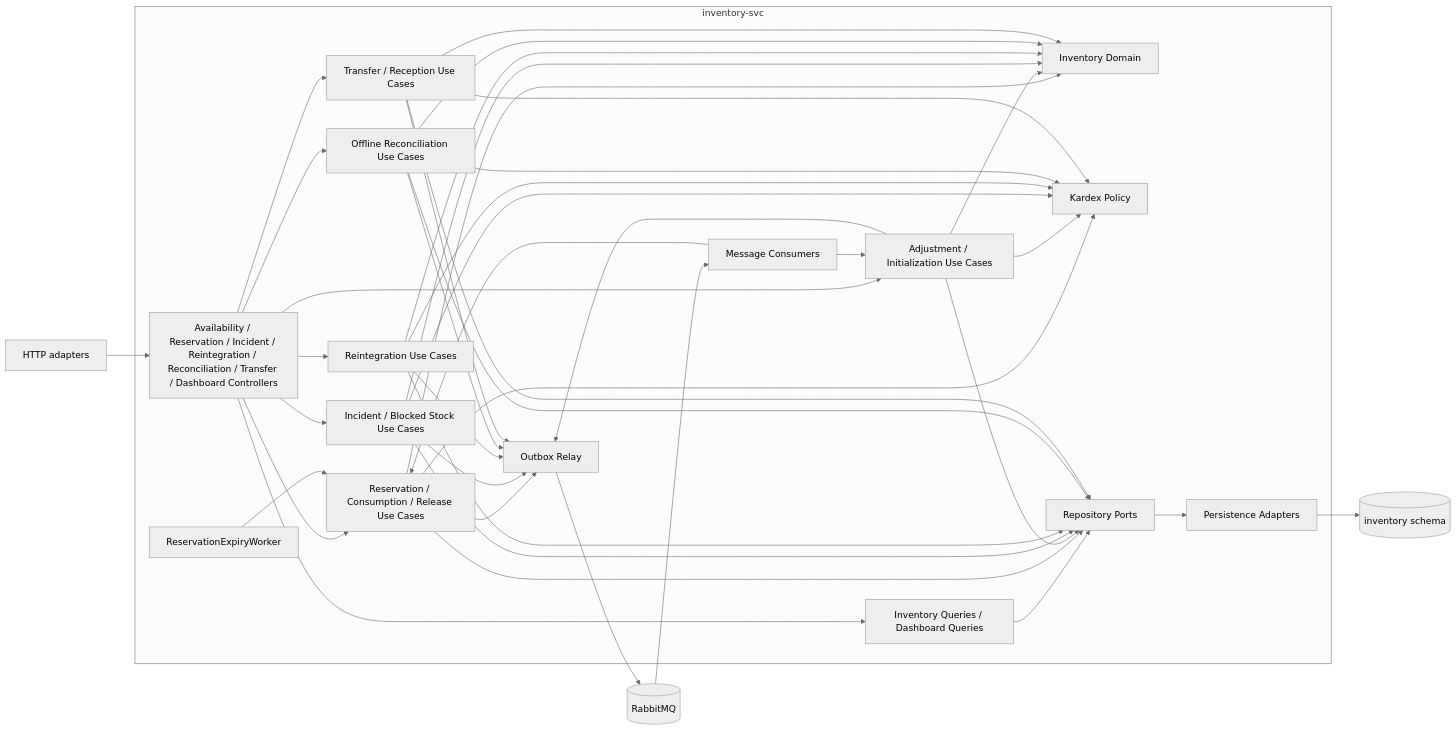
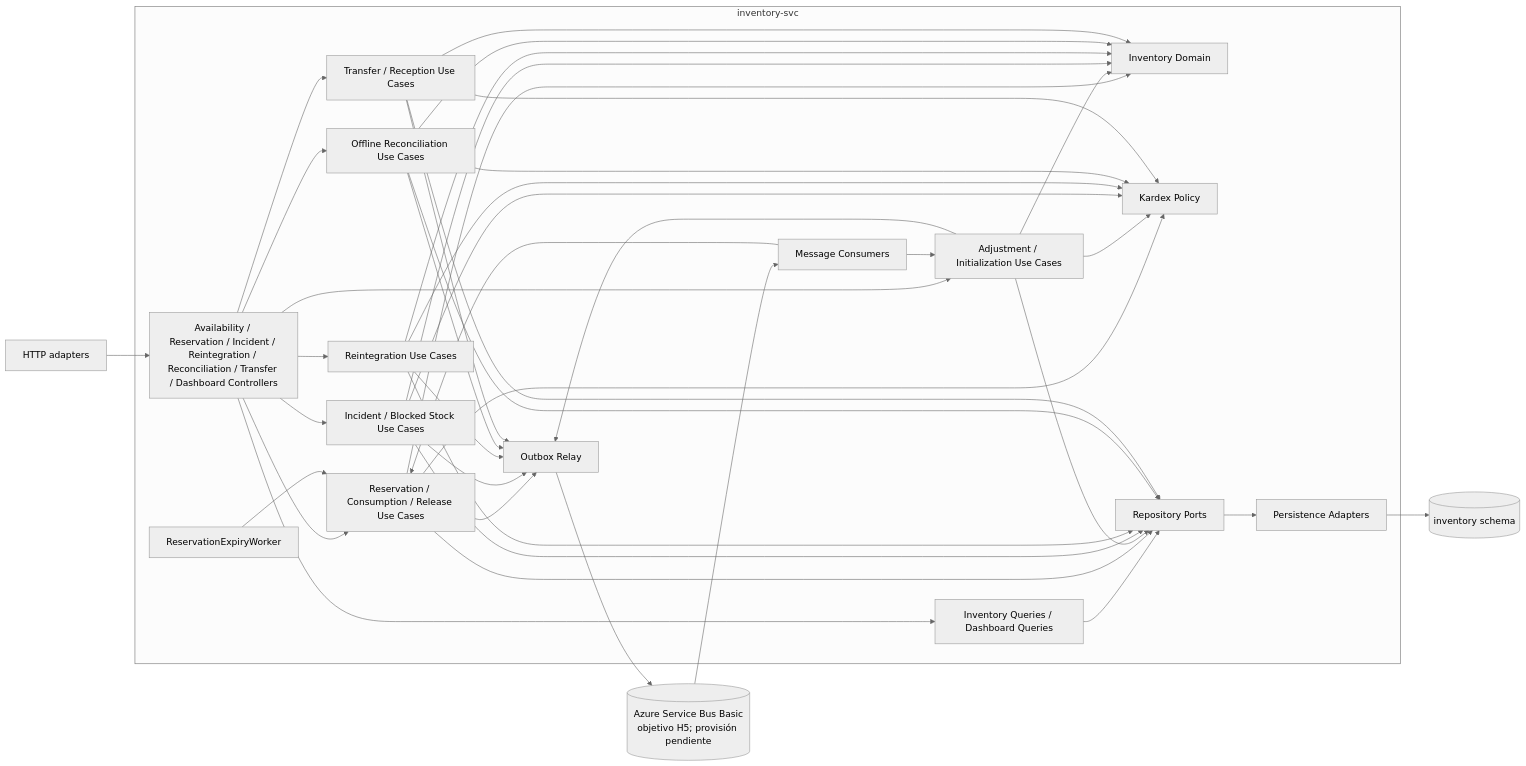
Before and after one commit to Taller-SW-Web/G6-Productos-Ofertas-docs: the ninth of 10 diagrams in arquitectura/Arquitectura.md, drawn with Mermaid (neutral theme). The commit also changed other lines of this file and 23 other files, not shown here.

Commit message:
docs: aclara la transición de RabbitMQ H4 a Service Bus H5

````diff
--- a/arquitectura/Arquitectura.md
+++ b/arquitectura/Arquitectura.md
@@ -2398,67 +2413,67 @@
 ```mermaid
 flowchart LR
   http["HTTP adapters"]
-  bus[("RabbitMQ")]
+  bus[("Azure Service Bus Basic\nobjetivo H5; provisión pendiente")]
   db[("inventory schema")]
 
   subgraph svc["inventory-svc"]
     controllers["Availability / Reservation / Incident / Reintegration / Reconciliation / Transfer / Dashboard Controllers"]
     queries["Inventory Queries / Dashboard Queries"]
     reservation["Reservation / Consumption / Release Use Cases"]
     adjustment["Adjustment / Initialization Use Cases"]
     incidents["Incident / Blocked Stock Use Cases"]
     reintegration["Reintegration Use Cases"]
     reconciliation["Offline Reconciliation Use Cases"]
     transfers["Transfer / Reception Use Cases"]
     domain["Inventory Domain"]
     expiry["ReservationExpiryWorker"]
     kardex["Kardex Policy"]
     repos["Repository Ports"]
     adapters["Persistence Adapters"]
     consumers["Message Consumers"]
     outbox["Outbox Relay"]
   end
 
   http --> controllers
   controllers --> queries
   controllers --> reservation
   controllers --> adjustment
   controllers --> incidents
   controllers --> reintegration
   controllers --> reconciliation
   controllers --> transfers
 
   queries --> repos
   reservation --> domain
   adjustment --> domain
   incidents --> domain
   reintegration --> domain
   reconciliation --> domain
   transfers --> domain
   expiry --> reservation
 
   reservation --> kardex
   adjustment --> kardex
   incidents --> kardex
   reintegration --> kardex
   reconciliation --> kardex
   transfers --> kardex
 
   reservation --> repos
   adjustment --> repos
   incidents --> repos
   reintegration --> repos
   reconciliation --> repos
   transfers --> repos
   repos --> adapters --> db
 
   bus --> consumers --> reservation
   consumers --> adjustment
 
   reservation --> outbox --> bus
   adjustment --> outbox
   incidents --> outbox
   reintegration --> outbox
   reconciliation --> outbox
   transfers --> outbox
 ```
````
